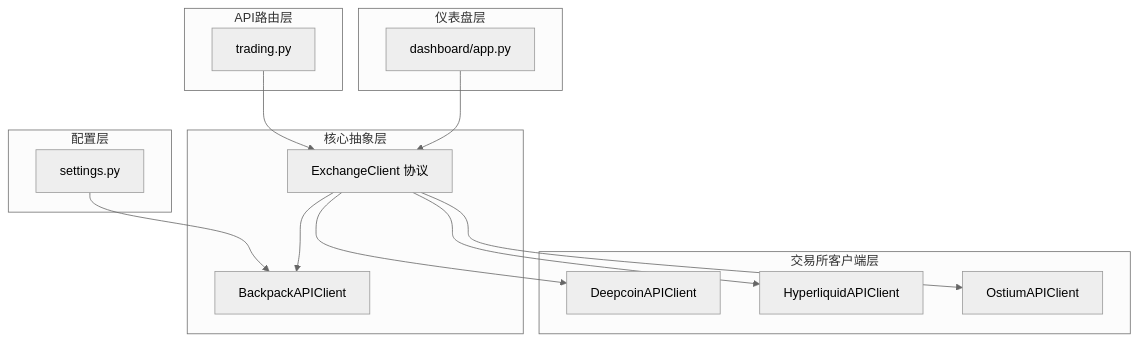
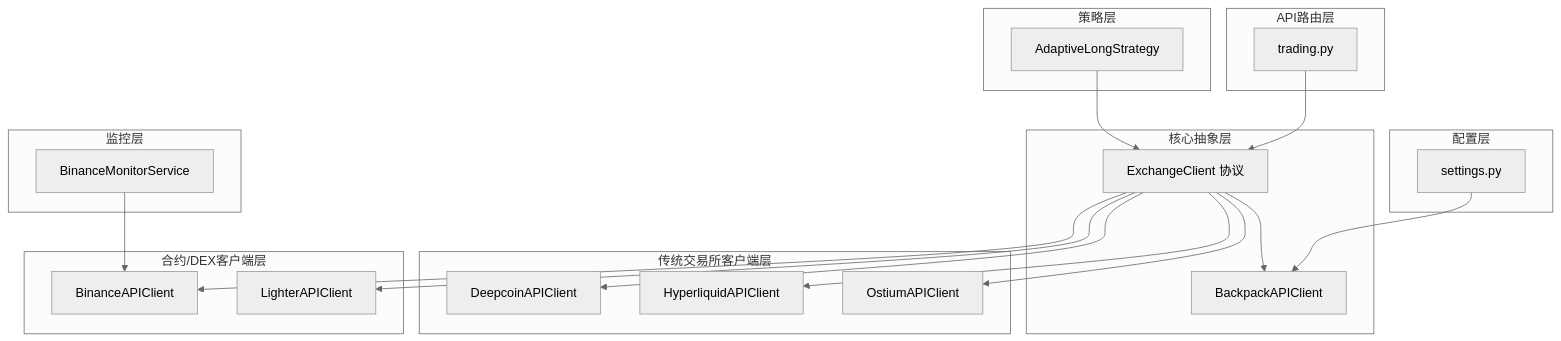
The first of 4 diagrams in .qoder/repowiki/zh/content/交易所集成/交易所客户端抽象设计.md (zyf266/ending), drawn with Mermaid (neutral theme) before and after one commit. The commit also changed other lines of this file and 60 other files, not shown here.

````diff
--- a/.qoder/repowiki/zh/content/交易所集成/交易所客户端抽象设计.md
+++ b/.qoder/repowiki/zh/content/交易所集成/交易所客户端抽象设计.md
@@ -32,28 +43,38 @@
 ```mermaid
 graph TB
 subgraph "配置层"
 CFG[settings.py]
 end
 subgraph "核心抽象层"
 EXC[ExchangeClient 协议]
 BAC[BackpackAPIClient]
 end
-subgraph "交易所客户端层"
+subgraph "传统交易所客户端层"
 DCN[DeepcoinAPIClient]
 HYP[HyperliquidAPIClient]
 OST[OstiumAPIClient]
 end
+subgraph "合约/DEX客户端层"
+BMC[BinanceAPIClient]
+LGC[LighterAPIClient]
+end
 subgraph "API路由层"
 TRD[trading.py]
 end
-subgraph "仪表盘层"
-APP[dashboard/app.py]
+subgraph "策略层"
+ALS[AdaptiveLongStrategy]
+end
+subgraph "监控层"
+BMN[BinanceMonitorService]
 end
 CFG --> BAC
 EXC --> BAC
 EXC --> DCN
 EXC --> HYP
 EXC --> OST
+EXC --> BMC
+EXC --> LGC
 TRD --> EXC
-APP --> EXC
+ALS --> EXC
+BMN --> BMC
 ```
````
